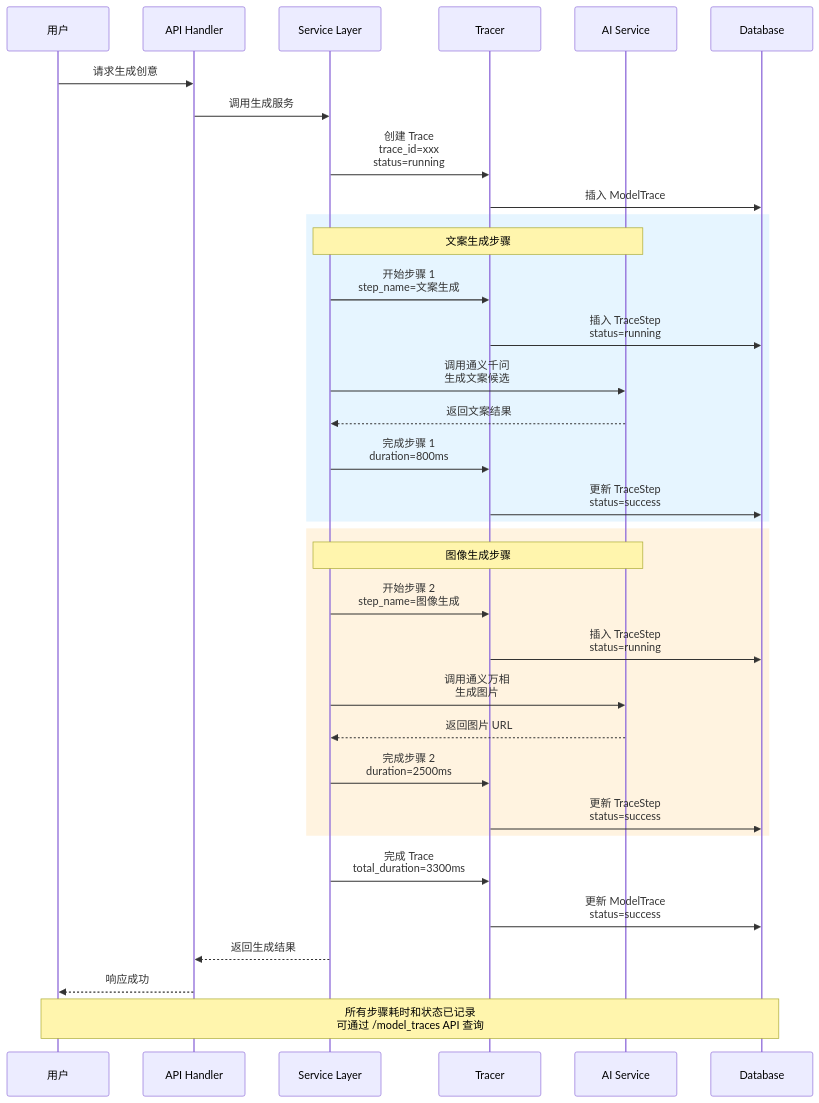
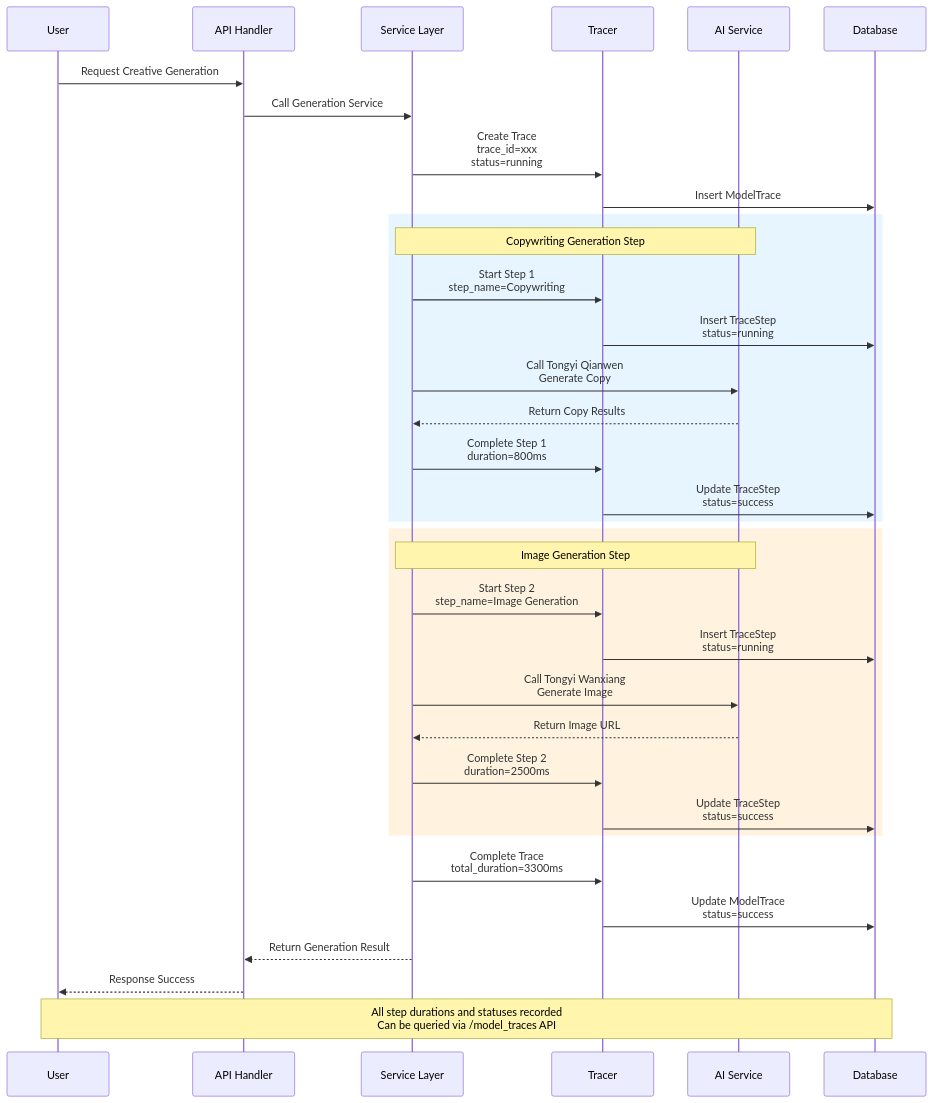
The sixth of 7 diagrams in README.md (NEDONION/ads-creative-gen-platform), drawn with Mermaid before and after one commit. The commit also changed other lines of this file and 1 other file, not shown here.

````diff
--- a/README.md
+++ b/README.md
@@ -527,41 +529,41 @@
 ```mermaid
 sequenceDiagram
-    participant User as 用户
+    participant User as User
     participant API as API Handler
     participant Service as Service Layer
     participant Tracer as Tracer
     participant AI as AI Service
     participant DB as Database
 
-    User->>API: 请求生成创意
-    API->>Service: 调用生成服务
-    Service->>Tracer: 创建 Trace<br/>trace_id=xxx<br/>status=running
-    Tracer->>DB: 插入 ModelTrace
+    User->>API: Request Creative Generation
+    API->>Service: Call Generation Service
+    Service->>Tracer: Create Trace<br/>trace_id=xxx<br/>status=running
+    Tracer->>DB: Insert ModelTrace
 
     rect rgb(230, 245, 255)
-        Note over Service,AI: 文案生成步骤
-        Service->>Tracer: 开始步骤 1<br/>step_name=文案生成
-        Tracer->>DB: 插入 TraceStep<br/>status=running
-        Service->>AI: 调用通义千问<br/>生成文案候选
-        AI-->>Service: 返回文案结果
-        Service->>Tracer: 完成步骤 1<br/>duration=800ms
-        Tracer->>DB: 更新 TraceStep<br/>status=success
+        Note over Service,AI: Copywriting Generation Step
+        Service->>Tracer: Start Step 1<br/>step_name=Copywriting
+        Tracer->>DB: Insert TraceStep<br/>status=running
+        Service->>AI: Call Tongyi Qianwen<br/>Generate Copy
+        AI-->>Service: Return Copy Results
+        Service->>Tracer: Complete Step 1<br/>duration=800ms
+        Tracer->>DB: Update TraceStep<br/>status=success
     end
 
     rect rgb(255, 243, 224)
-        Note over Service,AI: 图像生成步骤
-        Service->>Tracer: 开始步骤 2<br/>step_name=图像生成
-        Tracer->>DB: 插入 TraceStep<br/>status=running
-        Service->>AI: 调用通义万相<br/>生成图片
-        AI-->>Service: 返回图片 URL
-        Service->>Tracer: 完成步骤 2<br/>duration=2500ms
-        Tracer->>DB: 更新 TraceStep<br/>status=success
+        Note over Service,AI: Image Generation Step
+        Service->>Tracer: Start Step 2<br/>step_name=Image Generation
+        Tracer->>DB: Insert TraceStep<br/>status=running
+        Service->>AI: Call Tongyi Wanxiang<br/>Generate Image
+        AI-->>Service: Return Image URL
+        Service->>Tracer: Complete Step 2<br/>duration=2500ms
+        Tracer->>DB: Update TraceStep<br/>status=success
     end
 
-    Service->>Tracer: 完成 Trace<br/>total_duration=3300ms
-    Tracer->>DB: 更新 ModelTrace<br/>status=success
-    Service-->>API: 返回生成结果
-    API-->>User: 响应成功
+    Service->>Tracer: Complete Trace<br/>total_duration=3300ms
+    Tracer->>DB: Update ModelTrace<br/>status=success
+    Service-->>API: Return Generation Result
+    API-->>User: Response Success
 
-    Note over User,DB: 所有步骤耗时和状态已记录<br/>可通过 /model_traces API 查询
+    Note over User,DB: All step durations and statuses recorded<br/>Can be queried via /model_traces API
 ```
````
